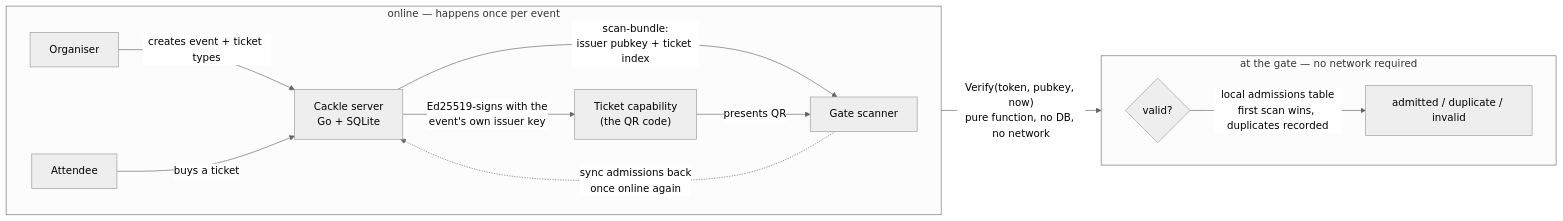
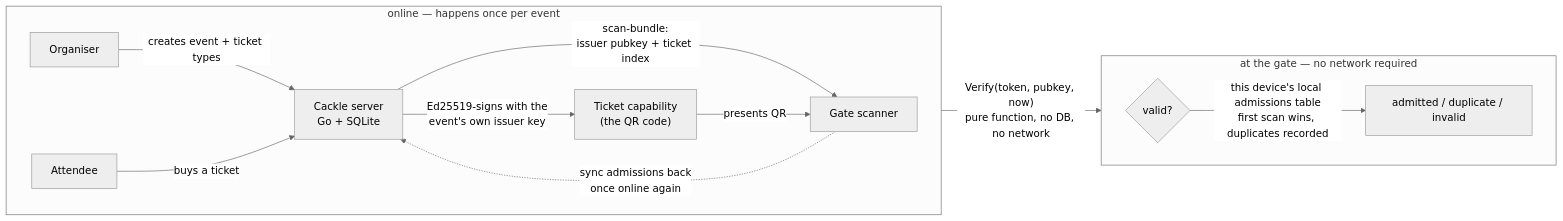
The diagram in README.md (vul-os/cackle), drawn with Mermaid (neutral theme) before and after one commit. The commit also changed other lines of this file and 52 other files, not shown here.

````diff
--- a/README.md
+++ b/README.md
@@ -135,17 +135,17 @@
 ```mermaid
 flowchart LR
     subgraph online["online — happens once per event"]
         direction LR
         organiser["Organiser"] -->|creates event + ticket types| cackle["Cackle server<br/>Go + SQLite"]
         buyer["Attendee"] -->|buys a ticket| cackle
         cackle -->|"Ed25519-signs with the<br/>event's own issuer key"| capability["Ticket capability<br/>(the QR code)"]
         cackle -->|"scan-bundle:<br/>issuer pubkey + ticket index"| scanner["Gate scanner"]
     end
     subgraph offline["at the gate — no network required"]
         direction LR
         capability -->|presents QR| scanner
         scanner -->|"Verify(token, pubkey, now)<br/>pure function, no DB, no network"| admit{"valid?"}
-        admit -->|"local admissions table<br/>first scan wins, duplicates recorded"| result["admitted / duplicate / invalid"]
+        admit -->|"this device's local admissions table<br/>first scan wins, duplicates recorded"| result["admitted / duplicate / invalid"]
     end
     scanner -.->|"sync admissions back<br/>once online again"| cackle
 ```
````
